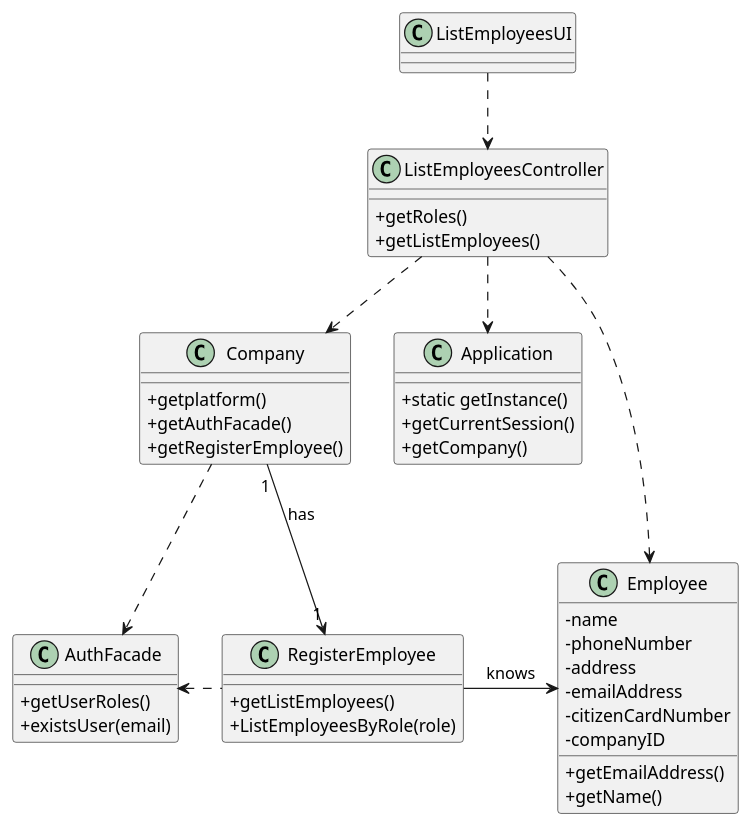
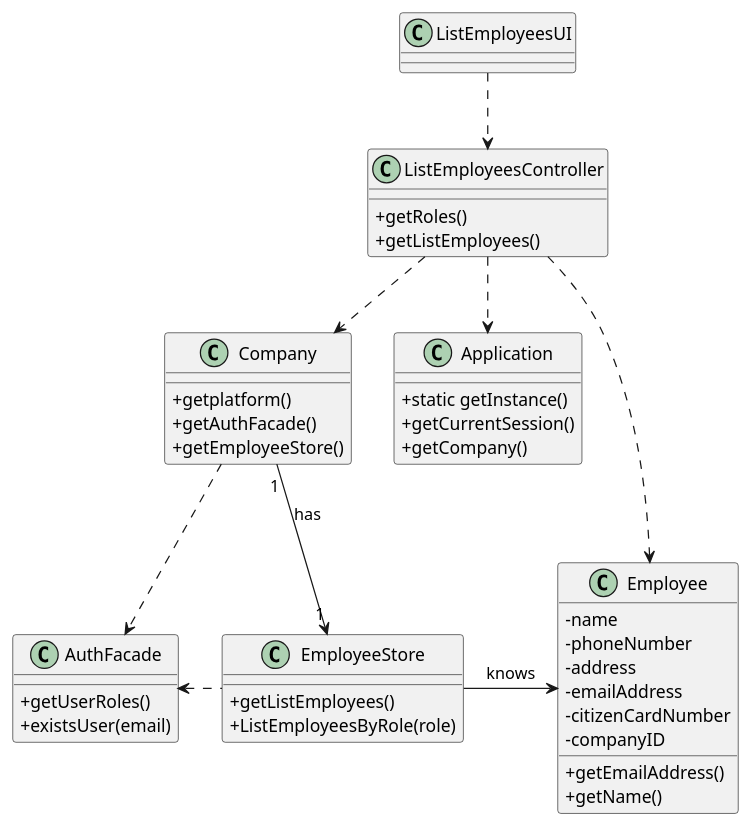
The diagram in docs/SprintB/UserStories/US11/US11_CD.puml (diogonapoles/isep-lapr2), drawn with PlantUML before and after one commit. The commit also changed 4 other files, not shown here.

```diff
--- a/docs/SprintB/UserStories/US11/US11_CD.puml
+++ b/docs/SprintB/UserStories/US11/US11_CD.puml
@@ -1,72 +1,72 @@
 @startuml
 skinparam classAttributeIconSize 0
 
 
 class AuthFacade{
 +getUserRoles()
 +existsUser(email)
 }
 
 class Application {
   +static getInstance()
   +getCurrentSession()
   +getCompany()
 
 }
 
 class Company {
 +getplatform()
 +getAuthFacade()
-+getRegisterEmployee()
++getEmployeeStore()
 }
 
 class Employee {
 -name
 -phoneNumber
 -address
 -emailAddress
 -citizenCardNumber
 -companyID
 +getEmailAddress()
 +getName()
 }
 
 
-class RegisterEmployee{
+class EmployeeStore{
 +getListEmployees()
 +ListEmployeesByRole(role)
 
 }
 
 
 
 
 
 
 class ListEmployeesController {
 +getRoles()
   +getListEmployees()
 
 
 
 
 }
 
 class ListEmployeesUI {
 
 }
 
 ListEmployeesUI ..> ListEmployeesController
 ListEmployeesController ..> Application
 ListEmployeesController ..> Company
 Company ..> AuthFacade
-RegisterEmployee .left.> AuthFacade
+EmployeeStore .left.> AuthFacade
 ListEmployeesController ..> Employee
-Company "1" --> "1" RegisterEmployee : has
-RegisterEmployee -right-> Employee : knows
+Company "1" --> "1" EmployeeStore : has
+EmployeeStore -right-> Employee : knows
 
 
 
 
 
 @enduml
```
